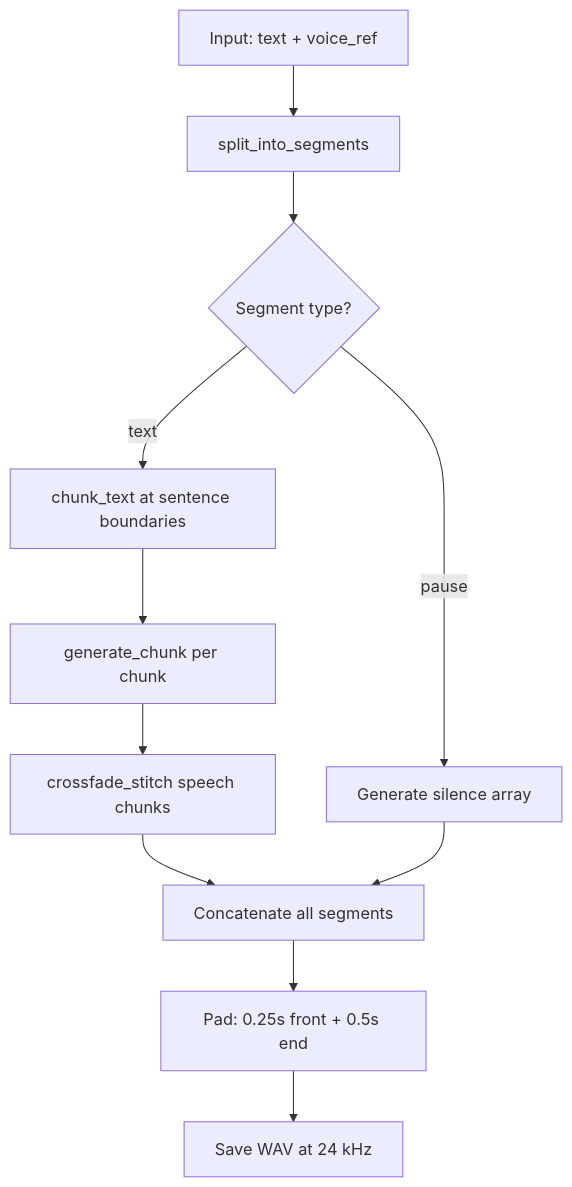
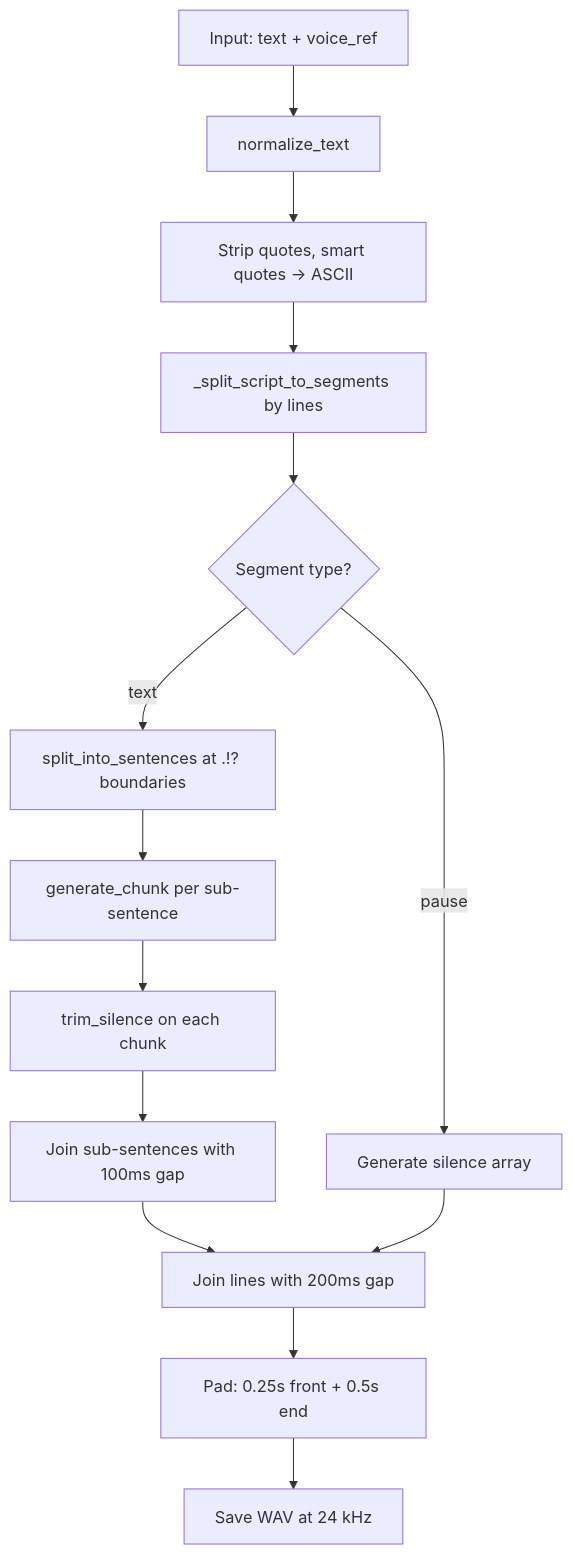
The fourth of 16 diagrams in docs/tdd.md (garystorey/zimbra), drawn with Mermaid before and after one commit. The commit also changed other lines of this file and 7 other files, not shown here.

````diff
--- a/docs/tdd.md
+++ b/docs/tdd.md
@@ -137,13 +137,16 @@
 ```mermaid
 flowchart TD
-    A[Input: text + voice_ref] --> B[split_into_segments]
-    B --> C{Segment type?}
-    C -->|text| D[chunk_text at sentence boundaries]
-    C -->|pause| E[Generate silence array]
-    D --> F[generate_chunk per chunk]
-    F --> G[crossfade_stitch speech chunks]
-    G --> H[Concatenate all segments]
-    E --> H
-    H --> I[Pad: 0.25s front + 0.5s end]
-    I --> J[Save WAV at 24 kHz]
+    A[Input: text + voice_ref] --> B[normalize_text]
+    B --> B2["Strip quotes, smart quotes → ASCII"]
+    B2 --> C[_split_script_to_segments by lines]
+    C --> D{Segment type?}
+    D -->|text| E[split_into_sentences at .!? boundaries]
+    D -->|pause| F[Generate silence array]
+    E --> G[generate_chunk per sub-sentence]
+    G --> G2[trim_silence on each chunk]
+    G2 --> H[Join sub-sentences with 100ms gap]
+    H --> I[Join lines with 200ms gap]
+    F --> I
+    I --> J[Pad: 0.25s front + 0.5s end]
+    J --> K[Save WAV at 24 kHz]
 ```
````
